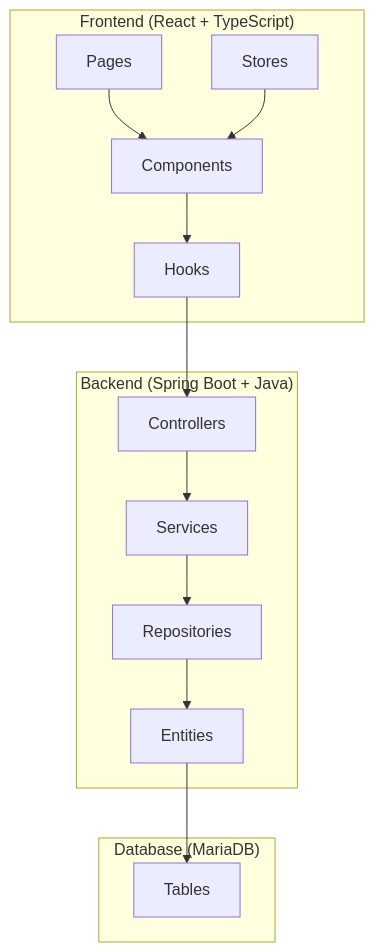
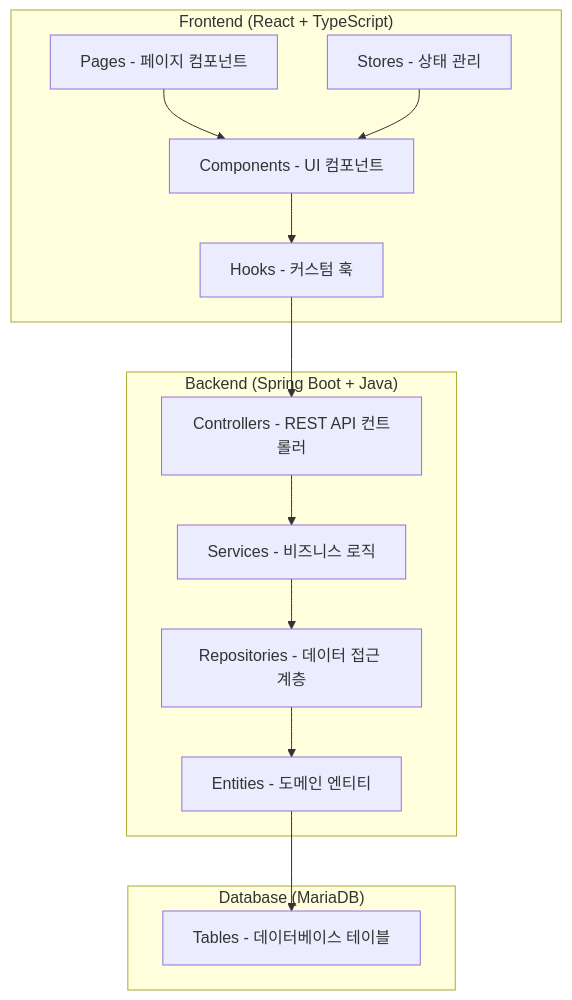
One commit to lovably74/SmartCON changed the first of 9 diagrams in docs/SmartCON-Class-Diagram.md. Above: the diagram before and after it, drawn with Mermaid. The commit also changed other lines of this file and 16 other files, not shown here.

````diff
--- a/docs/SmartCON-Class-Diagram.md
+++ b/docs/SmartCON-Class-Diagram.md
@@ -5,29 +9,34 @@
 ```mermaid
 graph TB
     subgraph "Frontend (React + TypeScript)"
-        FE_Pages[Pages]
-        FE_Components[Components]
-        FE_Hooks[Hooks]
-        FE_Stores[Stores]
+        FE_Pages[Pages - 페이지 컴포넌트]
+        FE_Components[Components - UI 컴포넌트]
+        FE_Hooks[Hooks - 커스텀 훅]
+        FE_Stores[Stores - 상태 관리]
     end
     
     subgraph "Backend (Spring Boot + Java)"
-        BE_Controllers[Controllers]
-        BE_Services[Services]
-        BE_Repositories[Repositories]
-        BE_Entities[Entities]
+        BE_Controllers[Controllers - REST API 컨트롤러]
+        BE_Services[Services - 비즈니스 로직]
+        BE_Repositories[Repositories - 데이터 접근 계층]
+        BE_Entities[Entities - 도메인 엔티티]
     end
     
     subgraph "Database (MariaDB)"
-        DB_Tables[Tables]
+        DB_Tables[Tables - 데이터베이스 테이블]
     end
     
+    %% 프론트엔드 내부 의존성 (컴포넌트 계층 구조)
     FE_Pages --> FE_Components
     FE_Components --> FE_Hooks
+    FE_Stores --> FE_Components
+    
+    %% 프론트엔드-백엔드 통신 (HTTP API 호출)
     FE_Hooks --> BE_Controllers
+    
+    %% 백엔드 내부 의존성 (레이어드 아키텍처)
     BE_Controllers --> BE_Services
     BE_Services --> BE_Repositories
     BE_Repositories --> BE_Entities
     BE_Entities --> DB_Tables
-    FE_Stores --> FE_Components
 ```
````
